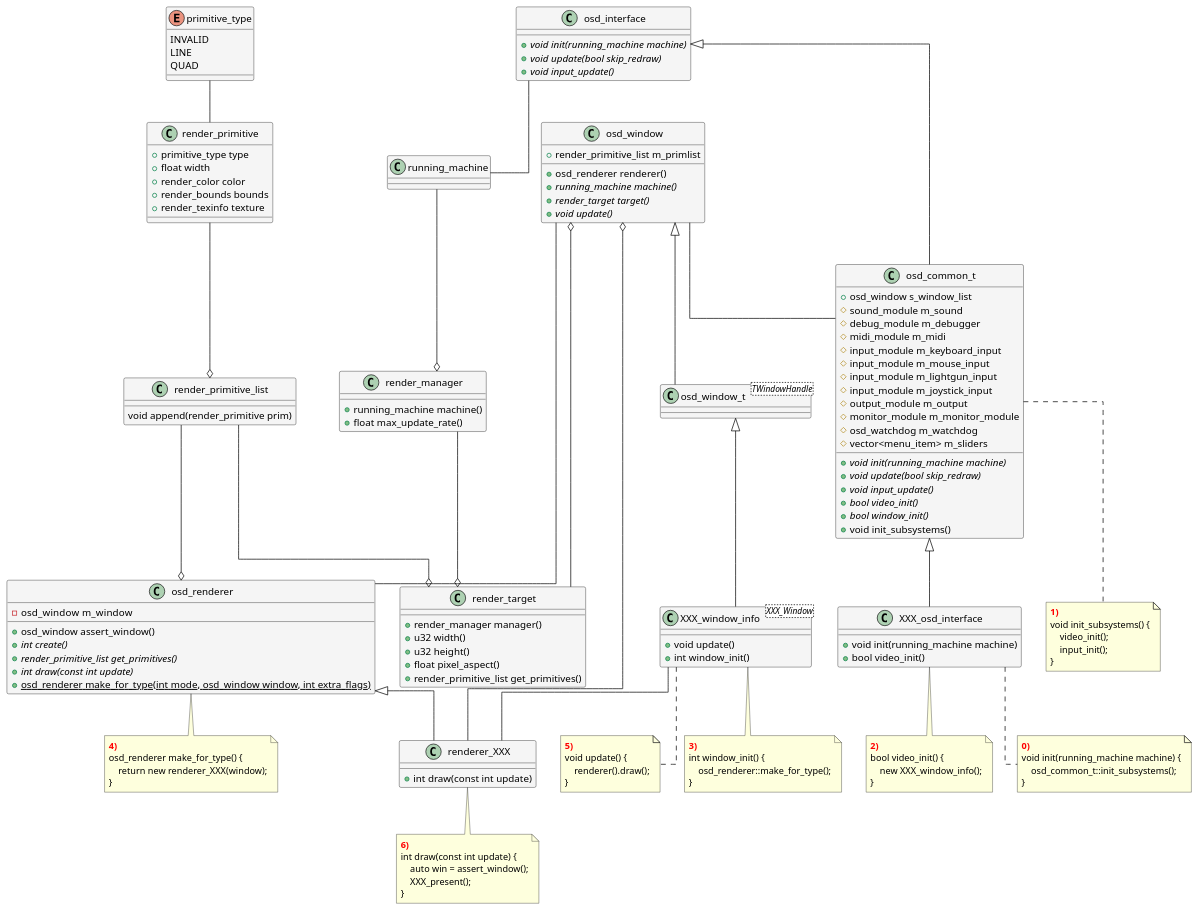
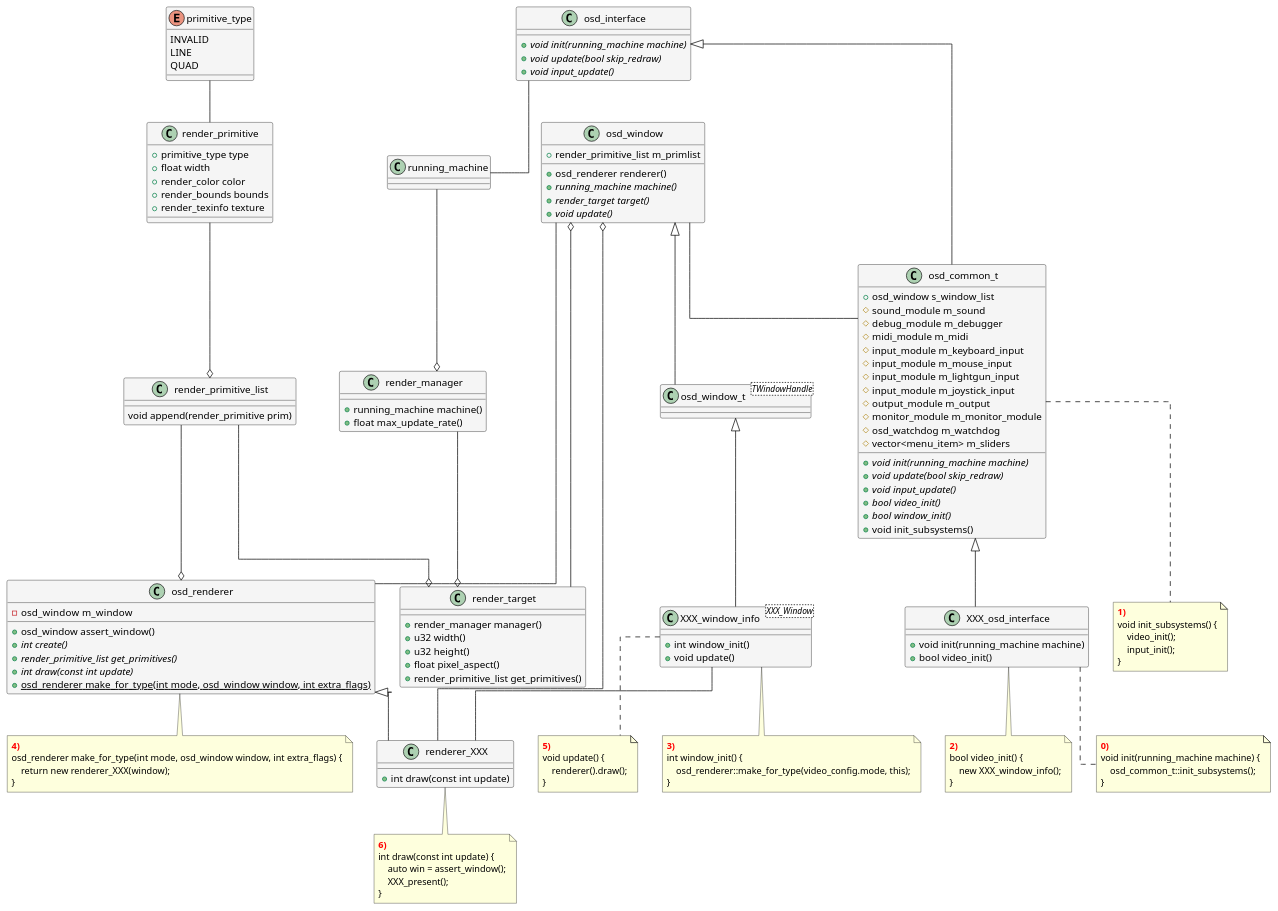
The diagram in Streaming/mame.puml (mikymaione/MAMEStreamingPlatform), drawn with PlantUML before and after one commit.

```diff
--- a/Streaming/mame.puml
+++ b/Streaming/mame.puml
@@ -1,196 +1,196 @@
 @startuml mame
 
 page 2x1
 
 skinparam linetype ortho
 skinparam ArrowColor black
 skinparam shadowing false
 
 skinparam class {
     BackgroundColor WhiteSmoke
     BorderColor black
 }
 
 skinparam package {
     BackgroundColor Linen
 }
 
 set namespaceSeparator ::
 
 enum primitive_type
 {
     INVALID
     LINE
     QUAD
 }
 
 class render_manager {
     +running_machine machine()
     +float max_update_rate()
 }
 
 running_machine --o render_manager
 
 class osd_renderer {
     -osd_window  m_window
     +osd_window assert_window()
     {abstract} +int create()
     {abstract} +render_primitive_list get_primitives()
     {abstract} +int draw(const int update)
     {static} +osd_renderer make_for_type(int mode, osd_window window, int extra_flags)
 }
 
 note as note_osd_renderer_make_for_type
 <b><color:Red>4)</color></b>
-osd_renderer make_for_type() {
+osd_renderer make_for_type(int mode, osd_window window, int extra_flags) {
     return new renderer_XXX(window);
 }
 end note
 
 render_primitive_list --o osd_renderer
 render_primitive --o render_primitive_list
 primitive_type -- render_primitive
 
 class render_primitive {
     +primitive_type type
     +float width
     +render_color color
     +render_bounds bounds
     +render_texinfo texture
 }
 
 class render_primitive_list {
     void append(render_primitive prim)
 }
 
 class renderer_XXX extends osd_renderer {
     +int draw(const int update)
 }
 
 note as note_renderer_XXX
 <b><color:Red>6)</color></b>
 int draw(const int update) {
     auto win = assert_window();
     XXX_present();
 }
 end note
 
 osd_window o-- renderer_XXX
 osd_window o-- render_target
 osd_window -- osd_renderer
 
 class osd_window_t<TWindowHandle> extends osd_window
 
 XXX_window_info -- renderer_XXX
 
 class osd_window {    
     +render_primitive_list m_primlist
     +osd_renderer renderer()
     {abstract} +running_machine machine()
     {abstract} +render_target target()
     {abstract} +void update()
 }
 
 render_manager --o render_target
 render_primitive_list --o render_target
 
 class render_target
 {
     +render_manager manager()
     +u32 width()
     +u32 height()
     +float pixel_aspect()
     +render_primitive_list get_primitives()
 }
 
-class XXX_window_info<XXX_Window> {
+class XXX_window_info<XXX_Window> {    
+    +int window_init()
     +void update()
-    +int window_init()
 }
 
 osd_window_t <|-- XXX_window_info
 osd_common_t <|-- XXX_osd_interface
 
 class XXX_osd_interface {
     +void init(running_machine machine)
     +bool video_init()
 }
 
 note as note_5_XXX_window_info
 <b><color:Red>5)</color></b>
 void update() {
     renderer().draw();
 }
 end note
 
 note as note_4_XXX_window_info
 <b><color:Red>3)</color></b>
 int window_init() {
-    osd_renderer::make_for_type();
+    osd_renderer::make_for_type(video_config.mode, this);
 }
 end note
 
 note as note_2_XXX_osd_interface
 <b><color:Red>2)</color></b>
 bool video_init() {
     new XXX_window_info();
 }
 end note
 
 osd_window -- osd_common_t
 
 osd_interface -- running_machine
 
 osd_interface <|-- osd_common_t
 
 class osd_interface {
 	{abstract} +void init(running_machine machine)
 	{abstract} +void update(bool skip_redraw)
 	{abstract} +void input_update()
 }
 
 class osd_common_t {
     +osd_window s_window_list
     #sound_module m_sound
     #debug_module m_debugger
     #midi_module m_midi
     #input_module m_keyboard_input
     #input_module m_mouse_input
     #input_module m_lightgun_input
     #input_module m_joystick_input
     #output_module m_output
     #monitor_module m_monitor_module
     #osd_watchdog m_watchdog
     #vector<menu_item> m_sliders
     {abstract} + void init(running_machine machine)
     {abstract} + void update(bool skip_redraw)
     {abstract} + void input_update()
     {abstract} +bool video_init()
     {abstract} +bool window_init()
     +void init_subsystems()
 }
 
 note as note_osd_common_t_init_subsystems
 <b><color:Red>1)</color></b>
 void init_subsystems() {
     video_init();
     input_init();
 }
 end note
 
 note as note_XXX_osd_interface_init
 <b><color:Red>0)</color></b>
 void init(running_machine machine) {
     osd_common_t::init_subsystems();
 }
 end note
 
 osd_renderer .. note_osd_renderer_make_for_type
 osd_common_t .. note_osd_common_t_init_subsystems
 renderer_XXX .. note_renderer_XXX
 XXX_osd_interface .. note_2_XXX_osd_interface
 XXX_osd_interface .. note_XXX_osd_interface_init
 XXX_window_info .. note_4_XXX_window_info
 XXX_window_info .. note_5_XXX_window_info
 
 @enduml
```
